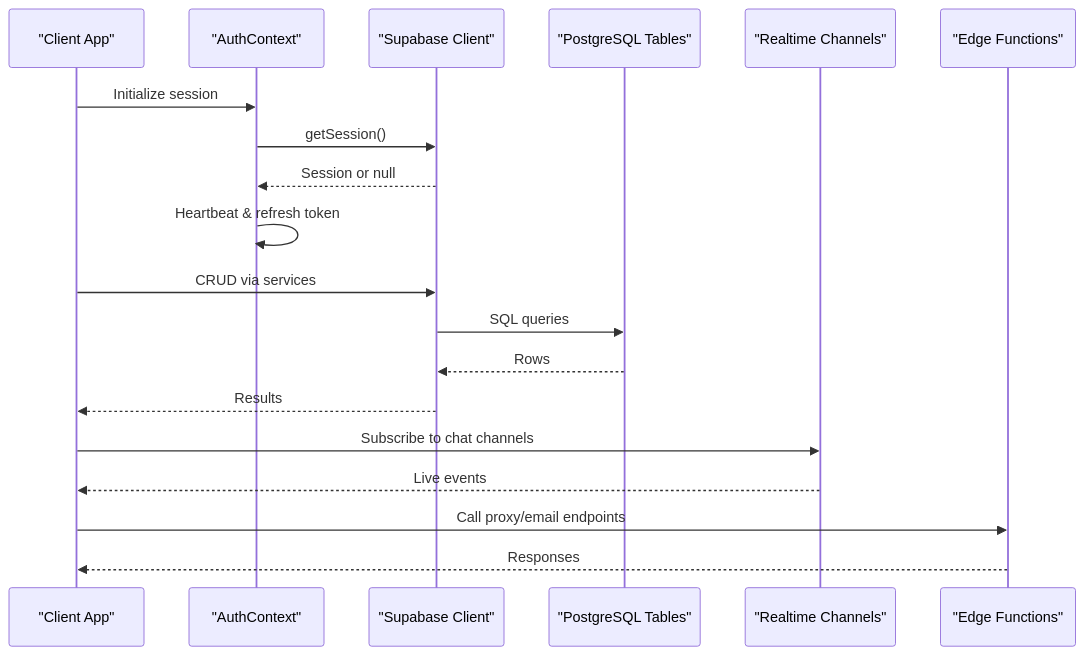
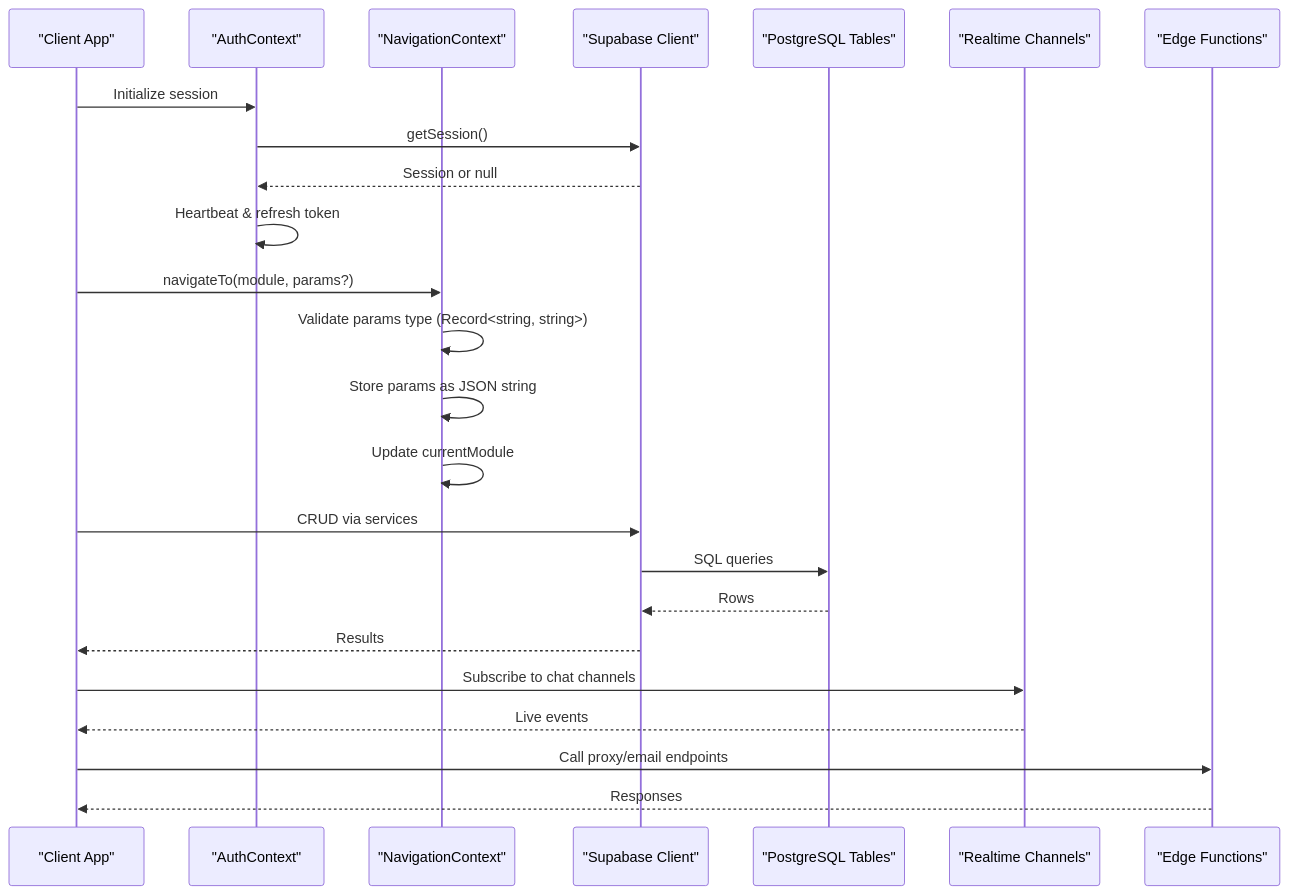
Before and after one commit to usermontalvao/CRMlaw: the second of 6 diagrams in .qoder/repowiki/en/content/API Reference.md, drawn with Mermaid. The commit also changed other lines of this file and 8 other files, not shown here.

````diff
--- a/.qoder/repowiki/en/content/API Reference.md
+++ b/.qoder/repowiki/en/content/API Reference.md
@@ -119,21 +139,26 @@
 ```mermaid
 sequenceDiagram
 participant Client as "Client App"
 participant Auth as "AuthContext"
+participant Nav as "NavigationContext"
 participant Supabase as "Supabase Client"
 participant DB as "PostgreSQL Tables"
 participant Realtime as "Realtime Channels"
 participant Edge as "Edge Functions"
 Client->>Auth : Initialize session
 Auth->>Supabase : getSession()
 Supabase-->>Auth : Session or null
 Auth->>Auth : Heartbeat & refresh token
+Client->>Nav : navigateTo(module, params?)
+Nav->>Nav : Validate params type (Record<string, string>)
+Nav->>Nav : Store params as JSON string
+Nav->>Nav : Update currentModule
 Client->>Supabase : CRUD via services
 Supabase->>DB : SQL queries
 DB-->>Supabase : Rows
 Supabase-->>Client : Results
 Client->>Realtime : Subscribe to chat channels
 Realtime-->>Client : Live events
 Client->>Edge : Call proxy/email endpoints
 Edge-->>Client : Responses
 ```
````
